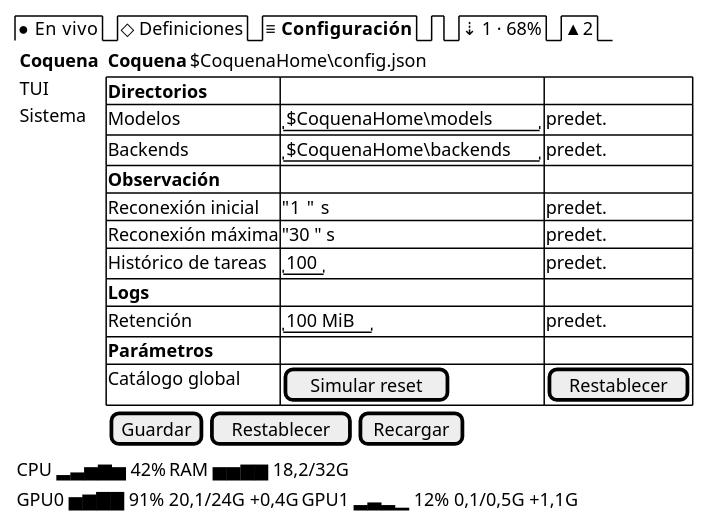
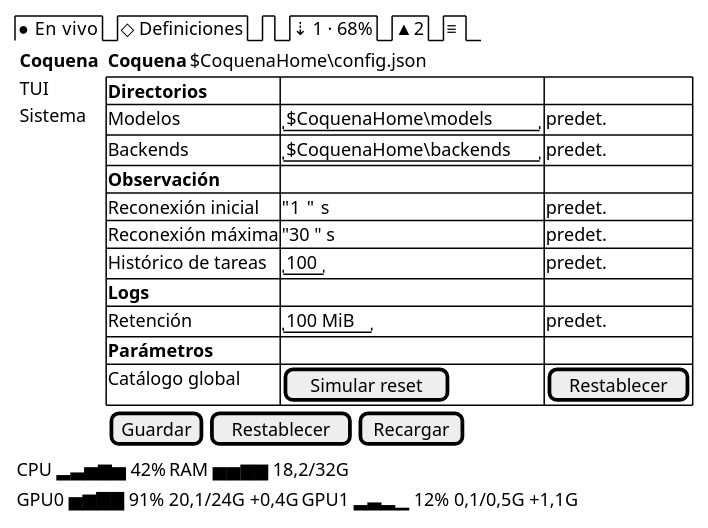
The diagram in docs/design/tui/E-configuracion-coquena.salt.puml (mstranich/coquena), drawn with PlantUML before and after one commit. The commit also changed 43 other files, not shown here.

```diff
--- a/docs/design/tui/E-configuracion-coquena.salt.puml
+++ b/docs/design/tui/E-configuracion-coquena.salt.puml
@@ -1,32 +1,32 @@
 @startsalt
 {
-  {/ ● En vivo | ◇ Definiciones | <b>≡ Configuración | . | ⇣ 1 · 68% | ▲ 2 }
+  {/ ● En vivo | ◇ Definiciones | . | ⇣ 1 · 68% | ▲ 2 | <b>≡ }
   {
     {
     {
       <b>Coquena
       TUI
       Sistema
     }
     } | {
       { <b>Coquena | $CoquenaHome\config.json }
       {#
         <b>Directorios | . | .
         Modelos | "$CoquenaHome\models  " | predet.
         Backends | "$CoquenaHome\backends" | predet.
         <b>Observación | . | .
         Reconexión inicial | "1  " s | predet.
         Reconexión máxima | "30 " s | predet.
         Histórico de tareas | "100" | predet.
         <b>Logs | . | .
         Retención | "100 MiB" | predet.
         <b>Parámetros | . | .
         Catálogo global | [Simular reset] | [Restablecer]
       }
       { [Guardar] | [Restablecer] | [Recargar] }
     }
   }
   { CPU ▂▃▅▆▅ 42% | RAM ▅▅▆▆ 18,2/32G }
   { GPU0 ▅▆▇▇ 91% 20,1/24G +0,4G | GPU1 ▂▃▂▁ 12% 0,1/0,5G +1,1G }
 }
 @endsalt
```
